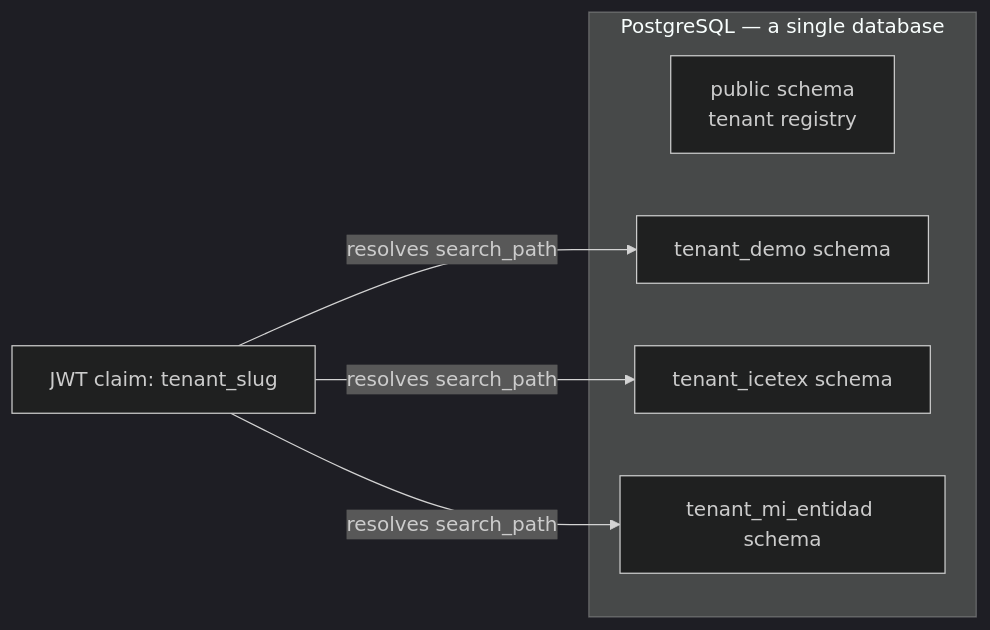
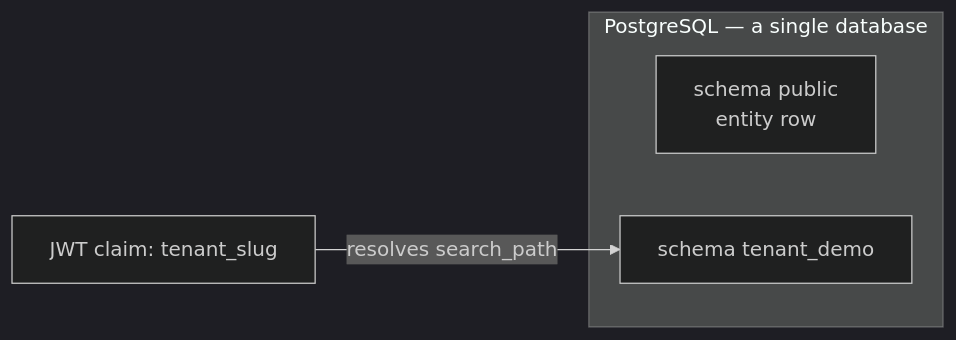
Before and after one commit to camilo1rp/docuboto: the third of 4 diagrams in docs/en/architecture.md, drawn with Mermaid (dark theme). The commit also changed other lines of this file and 19 other files, not shown here.

````diff
--- a/docs/en/architecture.md
+++ b/docs/en/architecture.md
@@ -276,12 +269,8 @@
 ```mermaid
 graph LR
     subgraph pg["PostgreSQL — a single database"]
-        PUB["public schema<br/>tenant registry"]
-        T1["tenant_demo schema"]
-        T2["tenant_icetex schema"]
-        T3["tenant_mi_entidad schema"]
+        PUB["schema public<br/>entity row"]
+        T1["schema tenant_demo"]
     end
     JWT["JWT claim: tenant_slug"] -->|resolves search_path| T1
-    JWT -->|resolves search_path| T2
-    JWT -->|resolves search_path| T3
 ```
````
